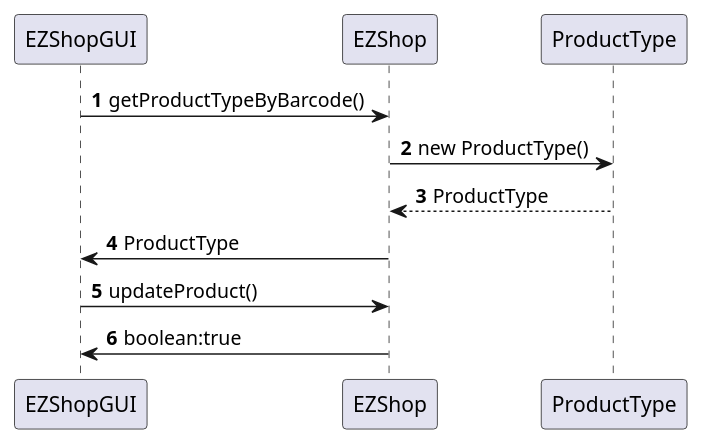
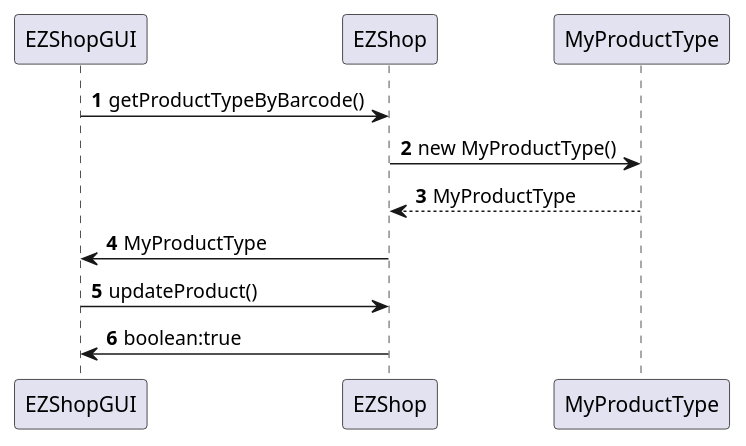
The fourth of 22 diagrams in Deliverables/DesignDocument.md (mkexc/ezshop), drawn with PlantUML before and after one commit. The commit also changed other lines of this file and 160 other files, not shown here.

````diff
--- a/Deliverables/DesignDocument.md
+++ b/Deliverables/DesignDocument.md
@@ -247,11 +239,11 @@
 ```plantuml
 @startuml
 autonumber
 EZShopGUI -> EZShop : getProductTypeByBarcode()
-EZShop -> ProductType : new ProductType() 
-ProductType --> EZShop : ProductType
-EZShop -> EZShopGUI : ProductType
+EZShop -> MyProductType : new MyProductType() 
+MyProductType --> EZShop : MyProductType
+EZShop -> EZShopGUI : MyProductType
 EZShopGUI -> EZShop : updateProduct()
 EZShop -> EZShopGUI : boolean:true
 @enduml
 ```
````
